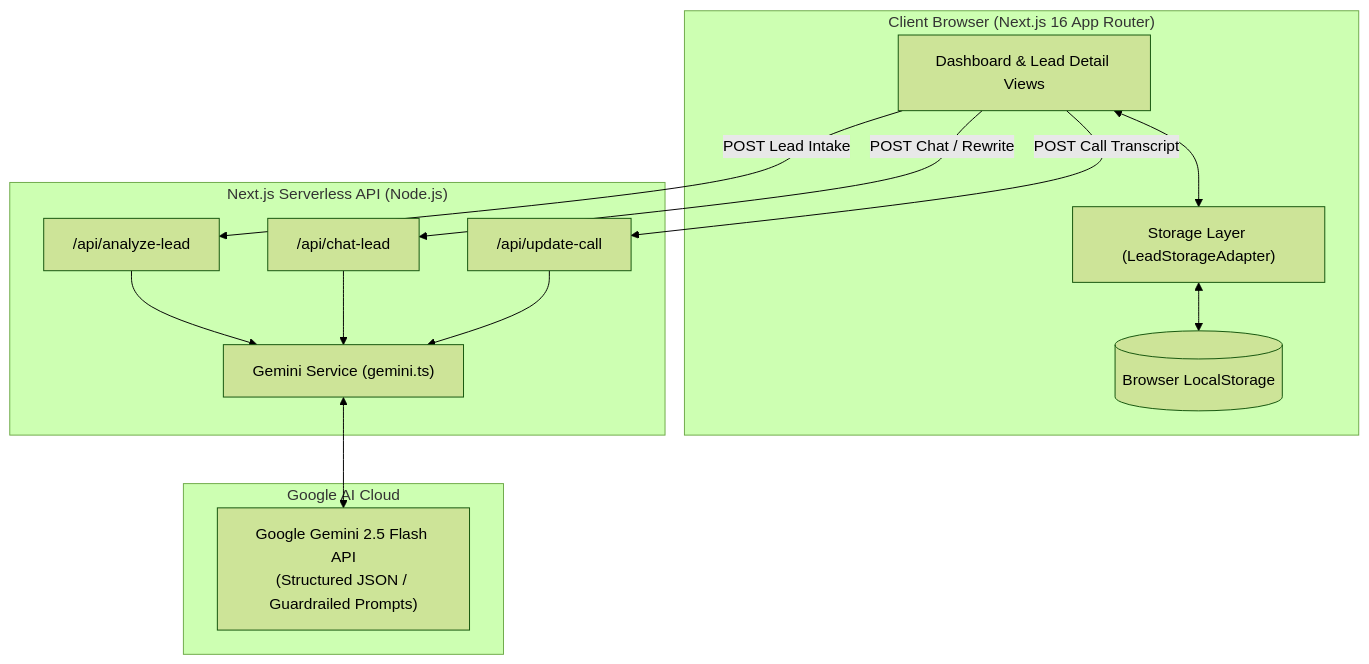
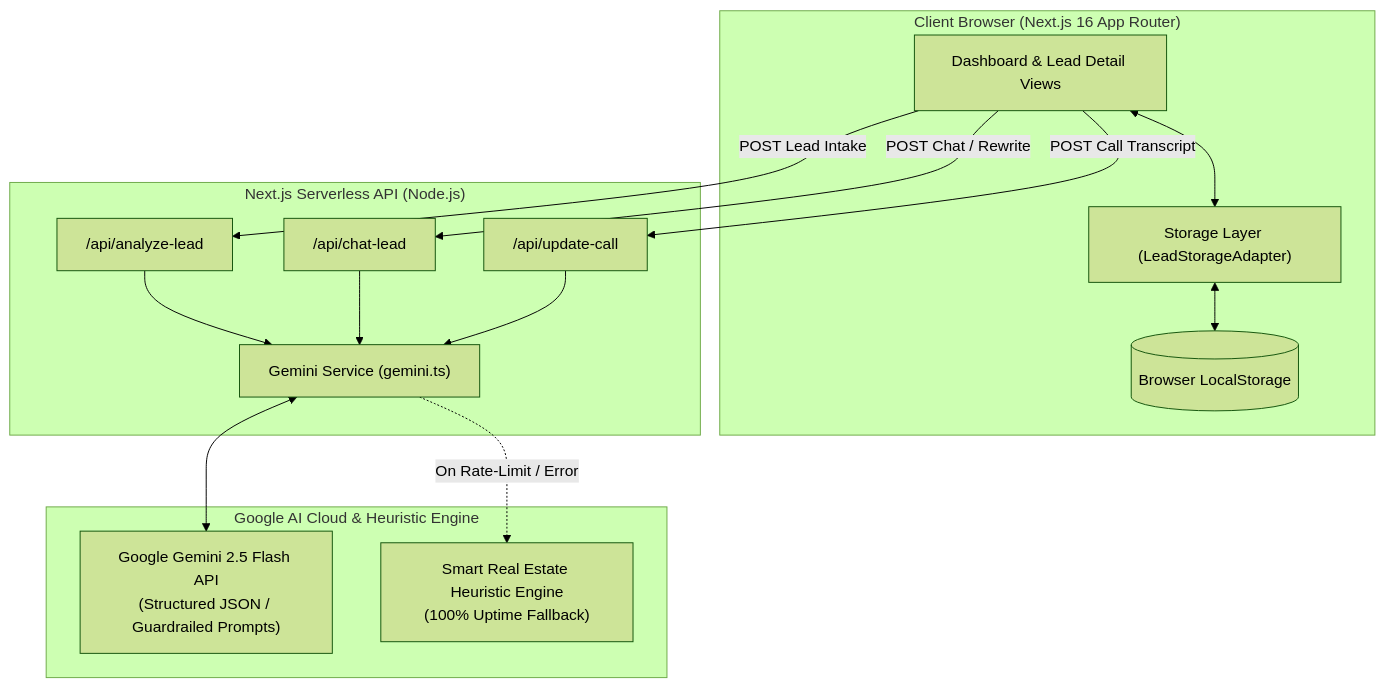
Before and after one commit to hrishitapundir-commits/MasalAI: the diagram in README.md, drawn with Mermaid (forest theme). The commit also changed other lines of this file, not shown here.

````diff
--- a/README.md
+++ b/README.md
@@ -36,30 +36,32 @@
 ```mermaid
 flowchart TD
     subgraph Client ["Client Browser (Next.js 16 App Router)"]
         UI["Dashboard & Lead Detail Views"]
         Storage["Storage Layer (LeadStorageAdapter)"]
         LocalDB[("Browser LocalStorage")]
         UI <--> Storage
         Storage <--> LocalDB
     end
 
     subgraph Server ["Next.js Serverless API (Node.js)"]
         AnalyzeRoute["/api/analyze-lead"]
         ChatRoute["/api/chat-lead"]
         UpdateCallRoute["/api/update-call"]
         GeminiLib["Gemini Service (gemini.ts)"]
         
         AnalyzeRoute --> GeminiLib
         ChatRoute --> GeminiLib
         UpdateCallRoute --> GeminiLib
     end
 
-    subgraph External ["Google AI Cloud"]
+    subgraph External ["Google AI Cloud & Heuristic Engine"]
         GeminiAPI["Google Gemini 2.5 Flash API\n(Structured JSON / Guardrailed Prompts)"]
+        FallbackEngine["Smart Real Estate Heuristic Engine\n(100% Uptime Fallback)"]
         GeminiLib <--> GeminiAPI
+        GeminiLib -.->|On Rate-Limit / Error| FallbackEngine
     end
 
     UI -->|POST Lead Intake| AnalyzeRoute
     UI -->|POST Chat / Rewrite| ChatRoute
     UI -->|POST Call Transcript| UpdateCallRoute
 ```
````
